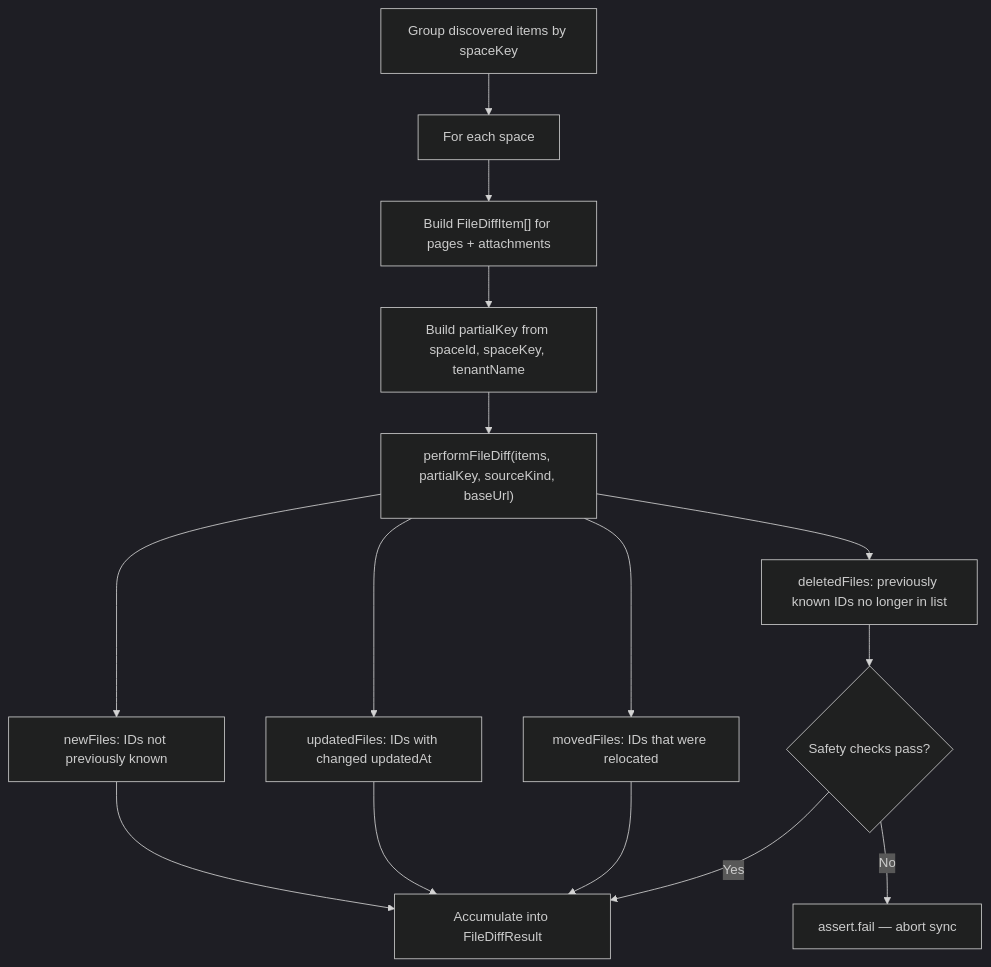
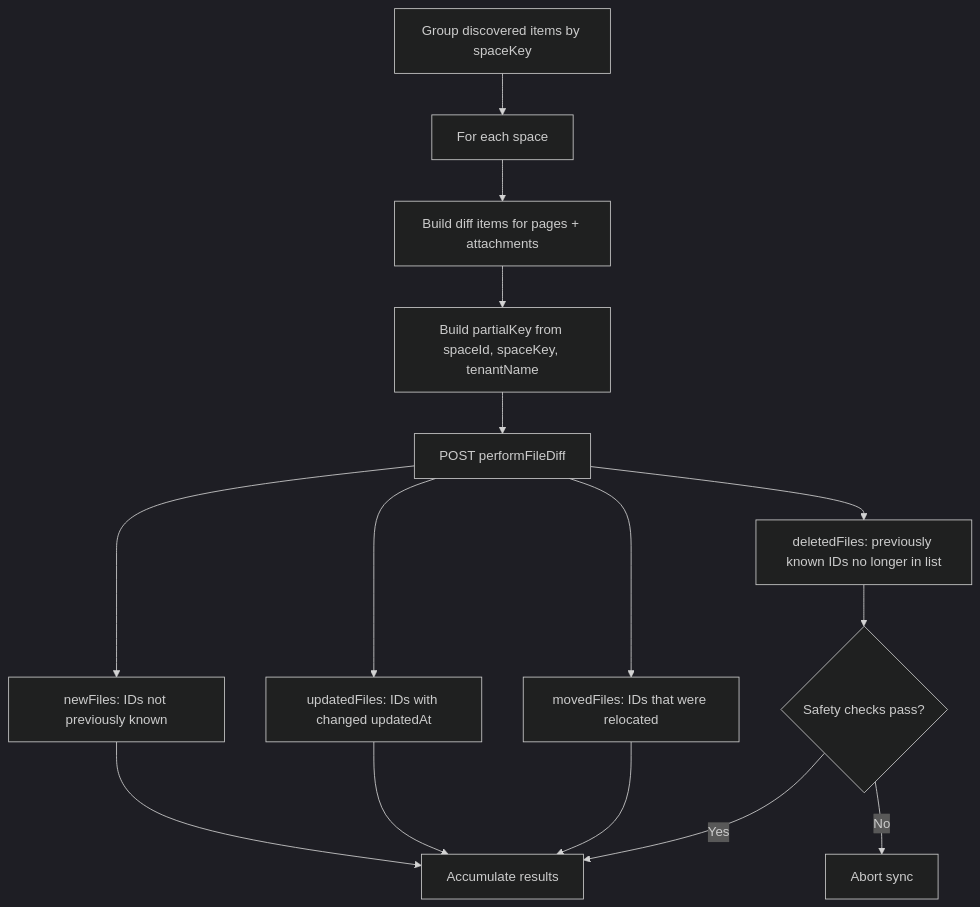
Before and after one commit to Unique-AG/connectors: the fifth of 6 diagrams in services/confluence-connector/docs/technical/flows.md, drawn with Mermaid (dark theme). The commit also changed other lines of this file, not shown here.

First line of the commit message:
refact: align flows.md with SharePoint connector template

````diff
--- a/services/confluence-connector/docs/technical/flows.md
+++ b/services/confluence-connector/docs/technical/flows.md
@@ -285,19 +275,19 @@
 ```mermaid
 flowchart TB
     Start["Group discovered items by spaceKey"] --> Loop["For each space"]
-    Loop --> BuildItems["Build FileDiffItem[] for pages + attachments"]
+    Loop --> BuildItems["Build diff items for pages + attachments"]
     BuildItems --> BuildPartialKey["Build partialKey from spaceId, spaceKey, tenantName"]
-    BuildPartialKey --> CallDiff["performFileDiff(items, partialKey, sourceKind, baseUrl)"]
+    BuildPartialKey --> CallDiff["POST performFileDiff"]
 
     CallDiff --> NewFiles["newFiles: IDs not previously known"]
     CallDiff --> UpdatedFiles["updatedFiles: IDs with changed updatedAt"]
     CallDiff --> MovedFiles["movedFiles: IDs that were relocated"]
     CallDiff --> DeletedFiles["deletedFiles: previously known IDs no longer in list"]
 
     DeletedFiles --> SafetyCheck{"Safety checks pass?"}
-    SafetyCheck -->|Yes| AccumulateResults["Accumulate into FileDiffResult"]
-    SafetyCheck -->|No| Abort["assert.fail — abort sync"]
+    SafetyCheck -->|Yes| AccumulateResults["Accumulate results"]
+    SafetyCheck -->|No| Abort["Abort sync"]
     NewFiles --> AccumulateResults
     UpdatedFiles --> AccumulateResults
     MovedFiles --> AccumulateResults
 ```
````
